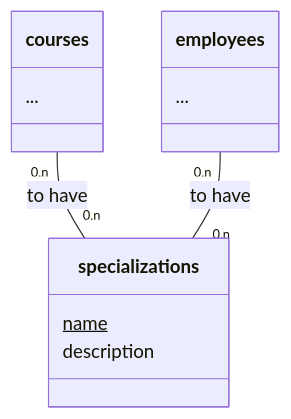
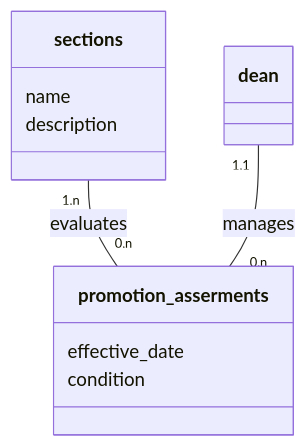
Before and after one commit to R0kkxSynetique/ROR-School-management: the eighth of 8 diagrams in doc/report.md, drawn with Mermaid. The commit also changed other lines of this file and 1 other file, not shown here.

````diff
--- a/doc/report.md
+++ b/doc/report.md
@@ -382,13 +221,15 @@
 ```mermaid
 classDiagram
-    class employees{...}
-    class courses{...}
-
-    class specializations {
-        name$
+    class promotion_asserments {
+        effective_date
+        condition
+    }
+    class sections {
+        name
         description
     }
+    class dean { }
 
-    courses "0,n" -- "0,n" specializations: to have
-    employees "0,n" -- "0,n" specializations: to have
+    sections "1,n" -- "0,n" promotion_asserments: evaluates
+    dean "1,1" -- "0,n" promotion_asserments: manages
 ```
````
